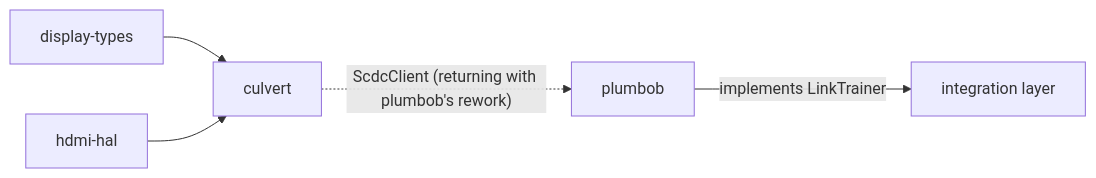
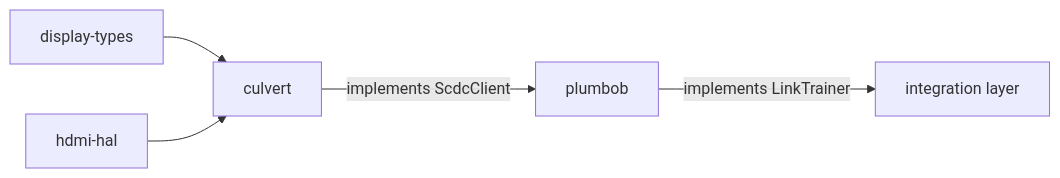
The diagram in README.md (DracoWhitefire/culvert), drawn with Mermaid before and after one commit. The commit also changed other lines of this file and 5 other files, not shown here.

````diff
--- a/README.md
+++ b/README.md
@@ -102,13 +117,13 @@
 ```mermaid
 flowchart LR
     dt["display-types"]
     hal["hdmi-hal"]
     culvert["culvert"]
     plumbob["plumbob"]
     integration["integration layer"]
 
     dt --> culvert
     hal --> culvert
-    culvert -.->|"ScdcClient (returning with plumbob's rework)"| plumbob
+    culvert -->|"implements ScdcClient"| plumbob
     plumbob -->|"implements LinkTrainer"| integration
 ```
````
